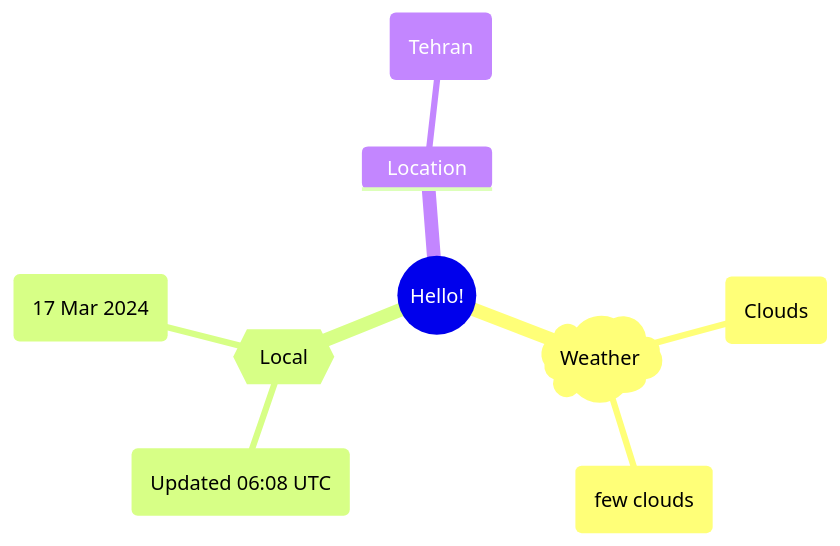
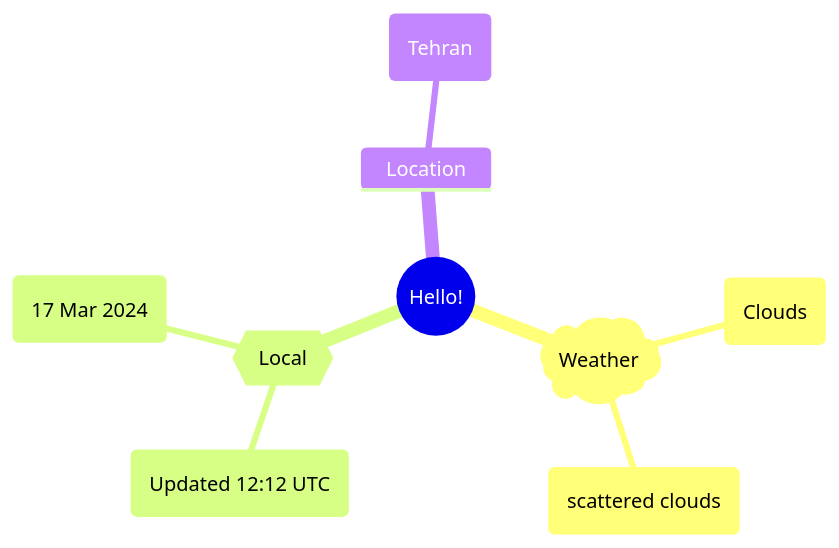
One commit to Xosrov/Xosrov changed the first of 2 diagrams in README.md. Above: the diagram before and after it, drawn with Mermaid.

Commit message:
[bot] updated images

````diff
--- a/README.md
+++ b/README.md
@@ -3,12 +3,12 @@
 ```mermaid
 mindmap
   root((Hello!))
     )Weather(
         (Clouds)
-        (few clouds)
+        (scattered clouds)
     {{Local}}
-        (Updated 06:08 UTC)
+        (Updated 12:12 UTC)
         (17 Mar 2024)
     Location
         (Tehran)
 ```
````
